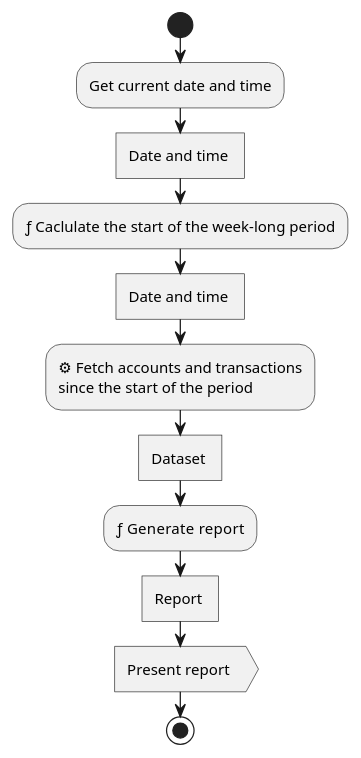
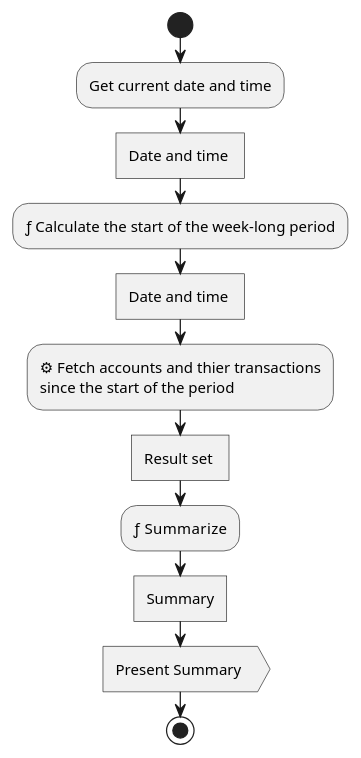
The diagram in diagrams/Present Accounts and RoundUps Activity Diagram.puml (hristo-stefanov/MiniBankingDemo), drawn with PlantUML before and after one commit. The commit also changed 2 other files, not shown here.

```diff
--- a/diagrams/Present Accounts and RoundUps Activity Diagram.puml
+++ b/diagrams/Present Accounts and RoundUps Activity Diagram.puml
@@ -1,21 +1,21 @@
 @startuml
 'https://plantuml.com/activity-diagram-beta
 
 |app|
 start
 :Get current date and time;
 :Date and time ]
 '<<businessRule>>
-:ƒ Caclulate the start of the week-long period;
+:ƒ Calculate the start of the week-long period;
 :Date and time ]
 '<<serviceCall>>
-:⚙ Fetch accounts and transactions
+:⚙ Fetch accounts and thier transactions
 since the start of the period;
-:Dataset ]
+:Result set ]
 '<<businessRule>>
-:ƒ  Generate report;
-:Report ]
-:Present report >
+:ƒ  Summarize;
+:Summary]
+:Present Summary >
 stop
 
 @enduml
```
